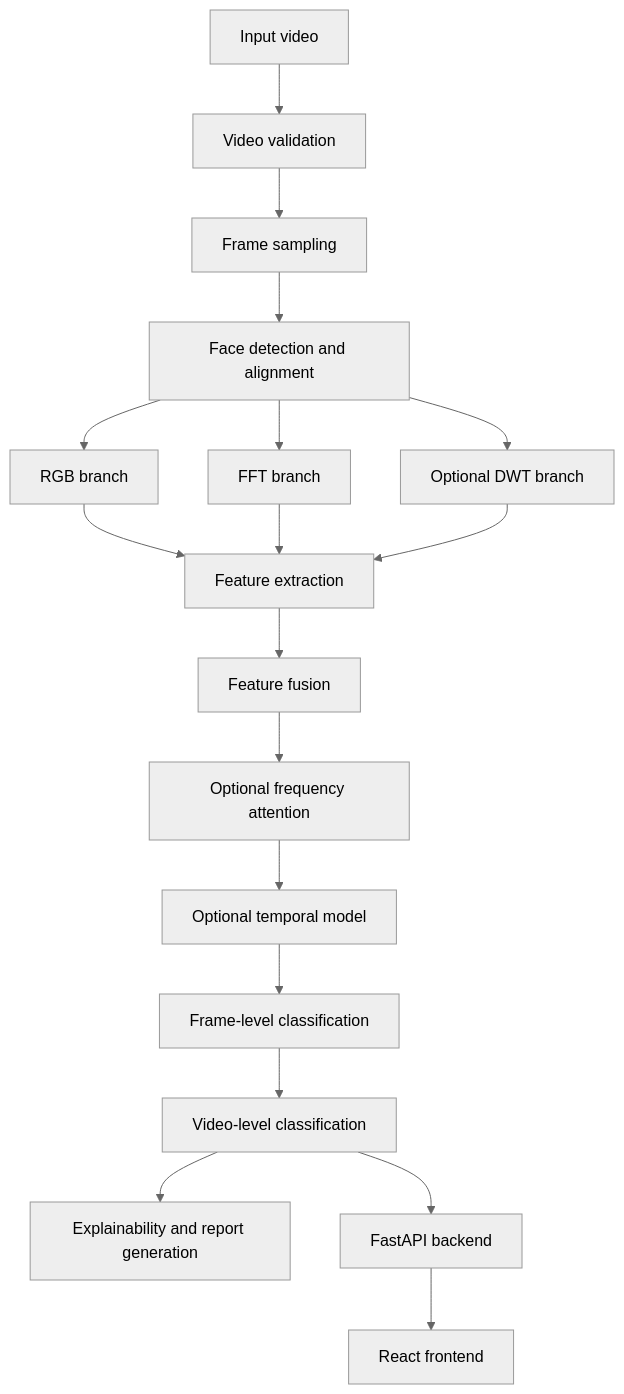
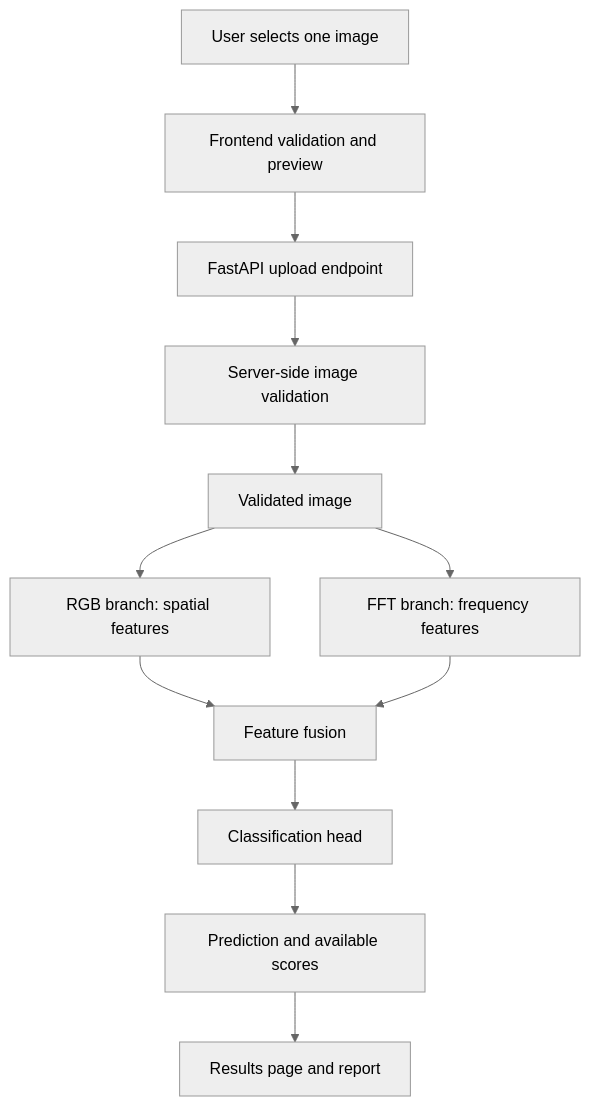
The diagram in README.md (RajputVikashS5/Frequency-Aware-Deepfake-Detection-API), drawn with Mermaid (neutral theme) before and after one commit. The commit also changed other lines of this file and 96 other files, not shown here.

Commit message:
dataset and spatial rgb branch integrated

````diff
--- a/README.md
+++ b/README.md
@@ -183,20 +213,14 @@
-```mermaid
+``` mermaid
 flowchart TD
-    A[Input video] --> B[Video validation]
-    B --> C[Frame sampling]
-    C --> D[Face detection and alignment]
-    D --> E[RGB branch]
-    D --> F[FFT branch]
-    D --> G[Optional DWT branch]
-    E --> H[Feature extraction]
-    F --> H
+    A[User selects one image] --> B[Frontend validation and preview]
+    B --> C[FastAPI upload endpoint]
+    C --> D[Server-side image validation]
+    D --> E[Validated image]
+    E --> F[RGB branch: spatial features]
+    E --> G[FFT branch: frequency features]
+    F --> H[Feature fusion]
     G --> H
-    H --> I[Feature fusion]
-    I --> J[Optional frequency attention]
-    J --> K[Optional temporal model]
-    K --> L[Frame-level classification]
-    L --> M[Video-level classification]
-    M --> N[Explainability and report generation]
-    M --> O[FastAPI backend]
-    O --> P[React frontend]
+    H --> I[Classification head]
+    I --> J[Prediction and available scores]
+    J --> K[Results page and report]
 ```
````
